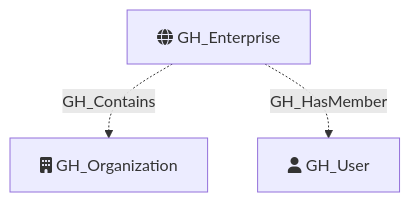
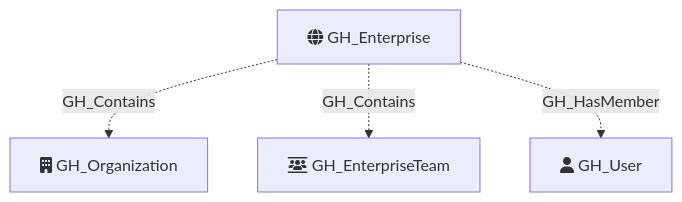
The diagram in Documentation/NodeDescriptions/GH_Enterprise.md (SpecterOps/GitHound), drawn with Mermaid before and after one commit. The commit also changed other lines of this file and 10 other files, not shown here.

````diff
--- a/Documentation/NodeDescriptions/GH_Enterprise.md
+++ b/Documentation/NodeDescriptions/GH_Enterprise.md
@@ -33,9 +33,11 @@
 ```mermaid
 flowchart TD
     GH_Enterprise[fa:fa-globe GH_Enterprise]
     GH_Organization[fa:fa-building GH_Organization]
+    GH_EnterpriseTeam[fa:fa-users-between-lines GH_EnterpriseTeam]
     GH_User[fa:fa-user GH_User]
 
     GH_Enterprise -.->|GH_Contains| GH_Organization
+    GH_Enterprise -.->|GH_Contains| GH_EnterpriseTeam
     GH_Enterprise -.->|GH_HasMember| GH_User
 ```
````
